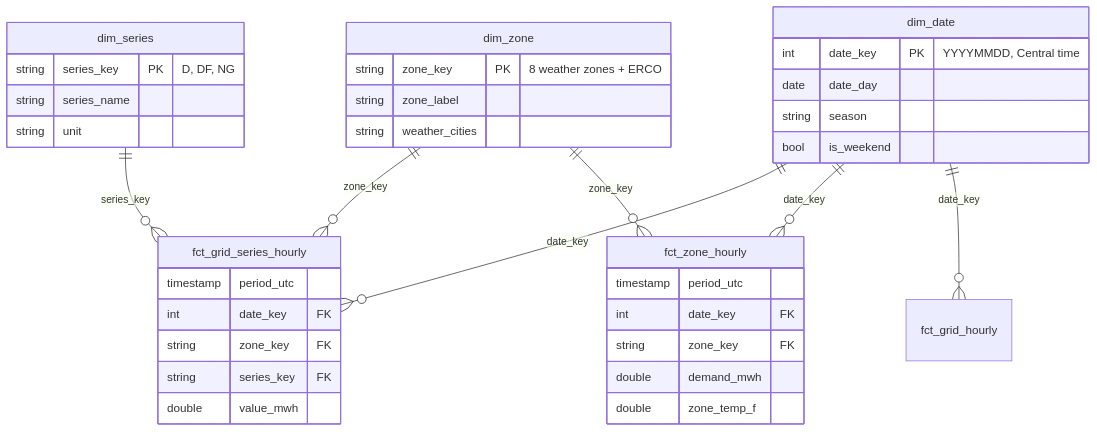
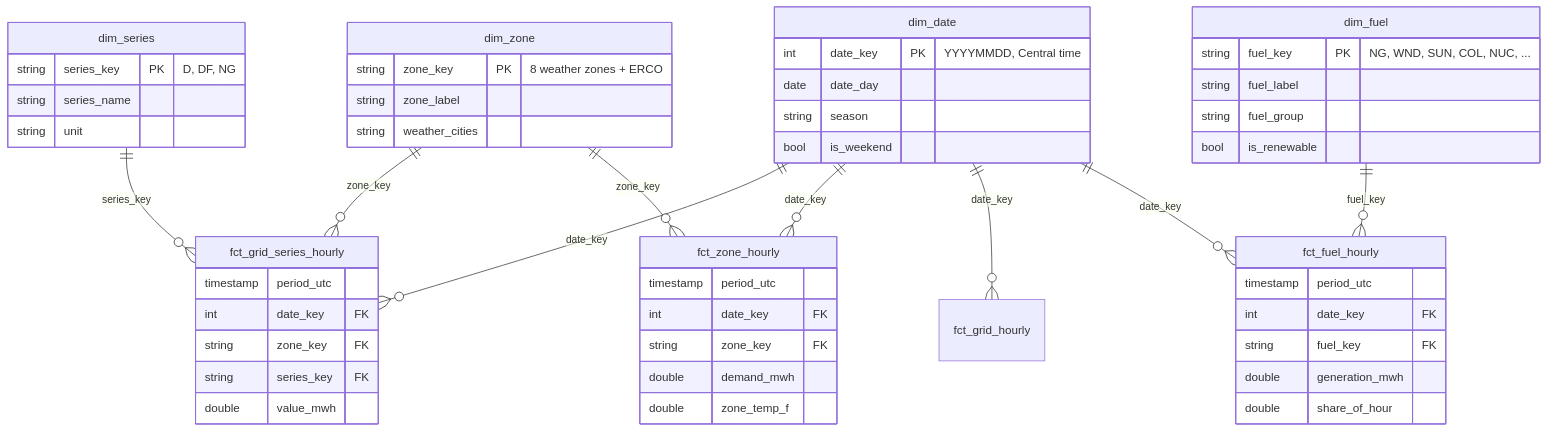
One commit to ramswargam1234/texas-grid-pipeline changed the diagram in README.md. Above: the diagram before and after it, drawn with Mermaid. The commit also changed other lines of this file and 27 other files, not shown here.

````diff
--- a/README.md
+++ b/README.md
@@ -168,40 +174,55 @@
 ```mermaid
 erDiagram
     dim_date   ||--o{ fct_grid_series_hourly : date_key
     dim_zone   ||--o{ fct_grid_series_hourly : zone_key
     dim_series ||--o{ fct_grid_series_hourly : series_key
     dim_date   ||--o{ fct_zone_hourly : date_key
     dim_zone   ||--o{ fct_zone_hourly : zone_key
     dim_date   ||--o{ fct_grid_hourly : date_key
+    dim_date   ||--o{ fct_fuel_hourly : date_key
+    dim_fuel   ||--o{ fct_fuel_hourly : fuel_key
 
     dim_date {
         int date_key PK "YYYYMMDD, Central time"
         date date_day
         string season
         bool is_weekend
     }
     dim_zone {
         string zone_key PK "8 weather zones + ERCO"
         string zone_label
         string weather_cities
     }
     dim_series {
         string series_key PK "D, DF, NG"
         string series_name
         string unit
     }
     fct_grid_series_hourly {
         timestamp period_utc
         int date_key FK
         string zone_key FK
         string series_key FK
         double value_mwh
     }
     fct_zone_hourly {
         timestamp period_utc
         int date_key FK
         string zone_key FK
         double demand_mwh
         double zone_temp_f
     }
+    dim_fuel {
+        string fuel_key PK "NG, WND, SUN, COL, NUC, ..."
+        string fuel_label
+        string fuel_group
+        bool is_renewable
+    }
+    fct_fuel_hourly {
+        timestamp period_utc
+        int date_key FK
+        string fuel_key FK
+        double generation_mwh
+        double share_of_hour
+    }
 ```
````
